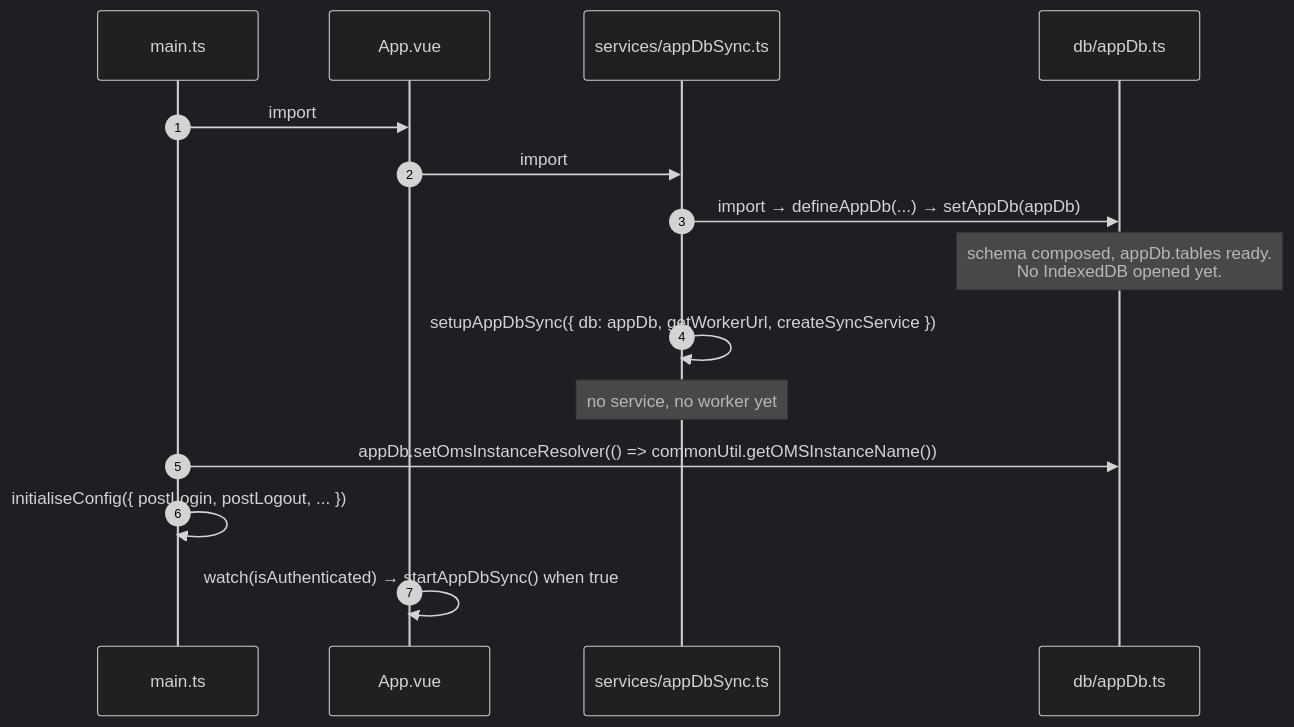
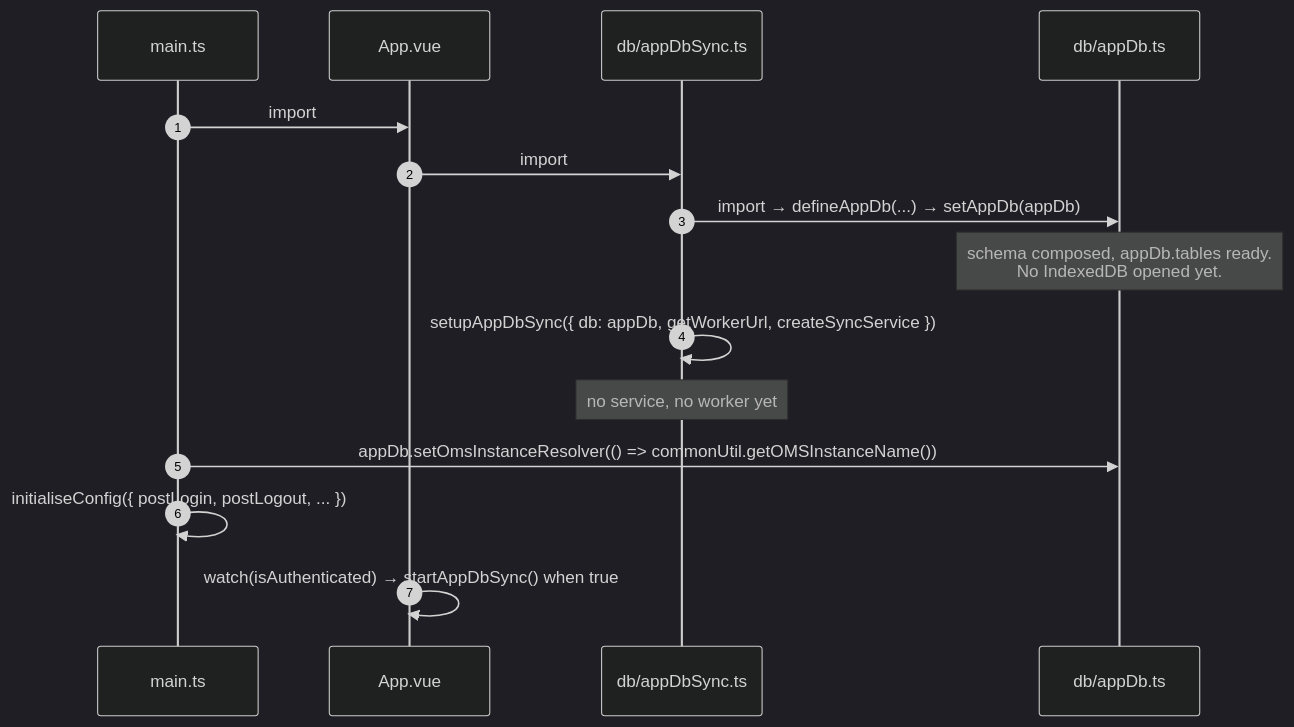
One commit to hotwax/accxui changed the first of 9 diagrams in docs/APP_DB_SYNC_FLOWS.md. Above: the diagram before and after it, drawn with Mermaid (dark theme). The commit also changed other lines of this file and 6 other files, not shown here.

````diff
--- a/docs/APP_DB_SYNC_FLOWS.md
+++ b/docs/APP_DB_SYNC_FLOWS.md
@@ -28,18 +28,18 @@
 ```mermaid
 sequenceDiagram
     autonumber
     participant M as main.ts
     participant APP as App.vue
-    participant SVC as services/appDbSync.ts
+    participant SVC as db/appDbSync.ts
     participant DB as db/appDb.ts
 
     M->>APP: import
     APP->>SVC: import
     SVC->>DB: import → defineAppDb(...) → setAppDb(appDb)
     Note over DB: schema composed, appDb.tables ready.<br/>No IndexedDB opened yet.
     SVC->>SVC: setupAppDbSync({ db: appDb, getWorkerUrl, createSyncService })
     Note over SVC: no service, no worker yet
     M->>DB: appDb.setOmsInstanceResolver(() => commonUtil.getOMSInstanceName())
     M->>M: initialiseConfig({ postLogin, postLogout, ... })
     APP->>APP: watch(isAuthenticated) → startAppDbSync() when true
 ```
````
